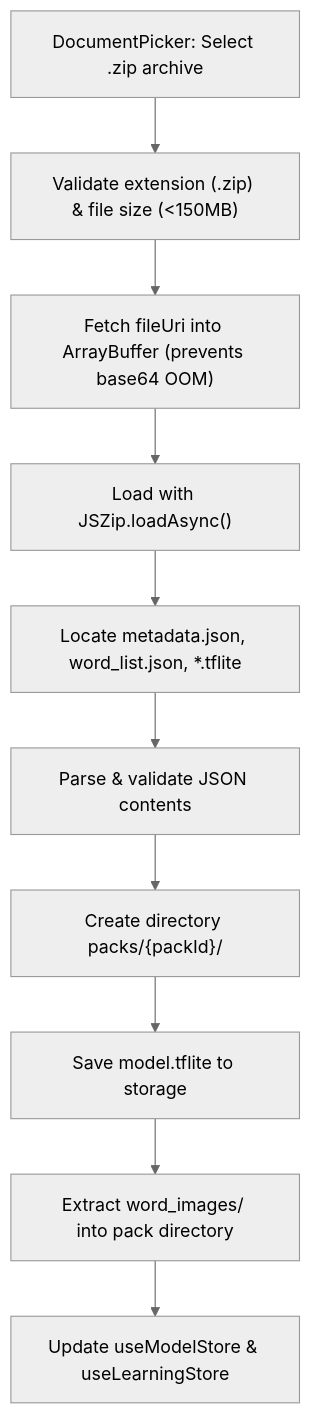
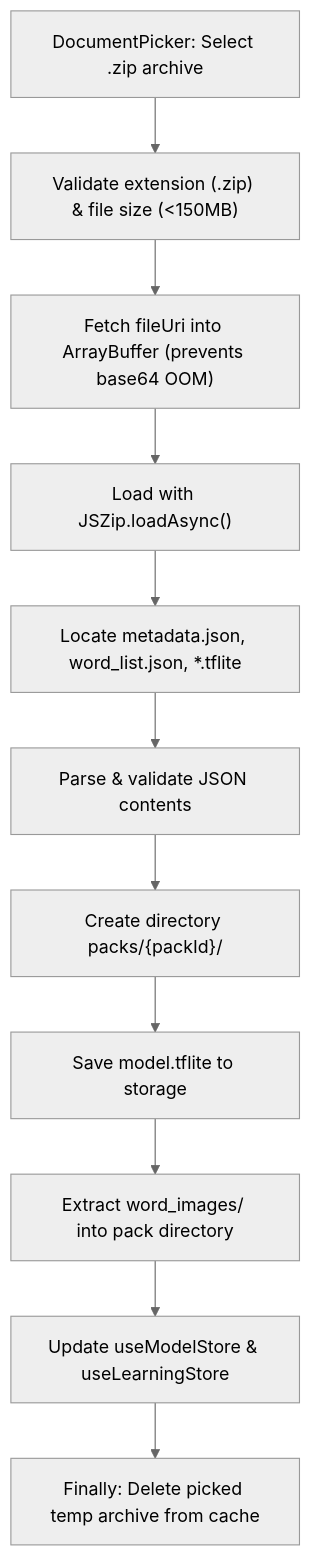
The diagram in .agents/skills/model-pack-management/SKILL.md (TheWallOnFire/NLP2026), drawn with Mermaid (neutral theme) before and after one commit. The commit also changed other lines of this file and 31 other files, not shown here.

````diff
--- a/.agents/skills/model-pack-management/SKILL.md
+++ b/.agents/skills/model-pack-management/SKILL.md
@@ -42,12 +46,13 @@
 ```mermaid
 flowchart TD
     Pick["DocumentPicker: Select .zip archive"] --> ValidateZip["Validate extension (.zip) & file size (<150MB)"]
     ValidateZip --> Fetch["Fetch fileUri into ArrayBuffer (prevents base64 OOM)"]
     Fetch --> JSZip["Load with JSZip.loadAsync()"]
     JSZip --> Locate["Locate metadata.json, word_list.json, *.tflite"]
     Locate --> Parse["Parse & validate JSON contents"]
     Parse --> Sandbox["Create directory packs/{packId}/"]
     Sandbox --> SaveTflite["Save model.tflite to storage"]
     SaveTflite --> SaveImgs["Extract word_images/ into pack directory"]
     SaveImgs --> UpdateStores["Update useModelStore & useLearningStore"]
+    UpdateStores --> CleanupTemp["Finally: Delete picked temp archive from cache"]
 ```
````
